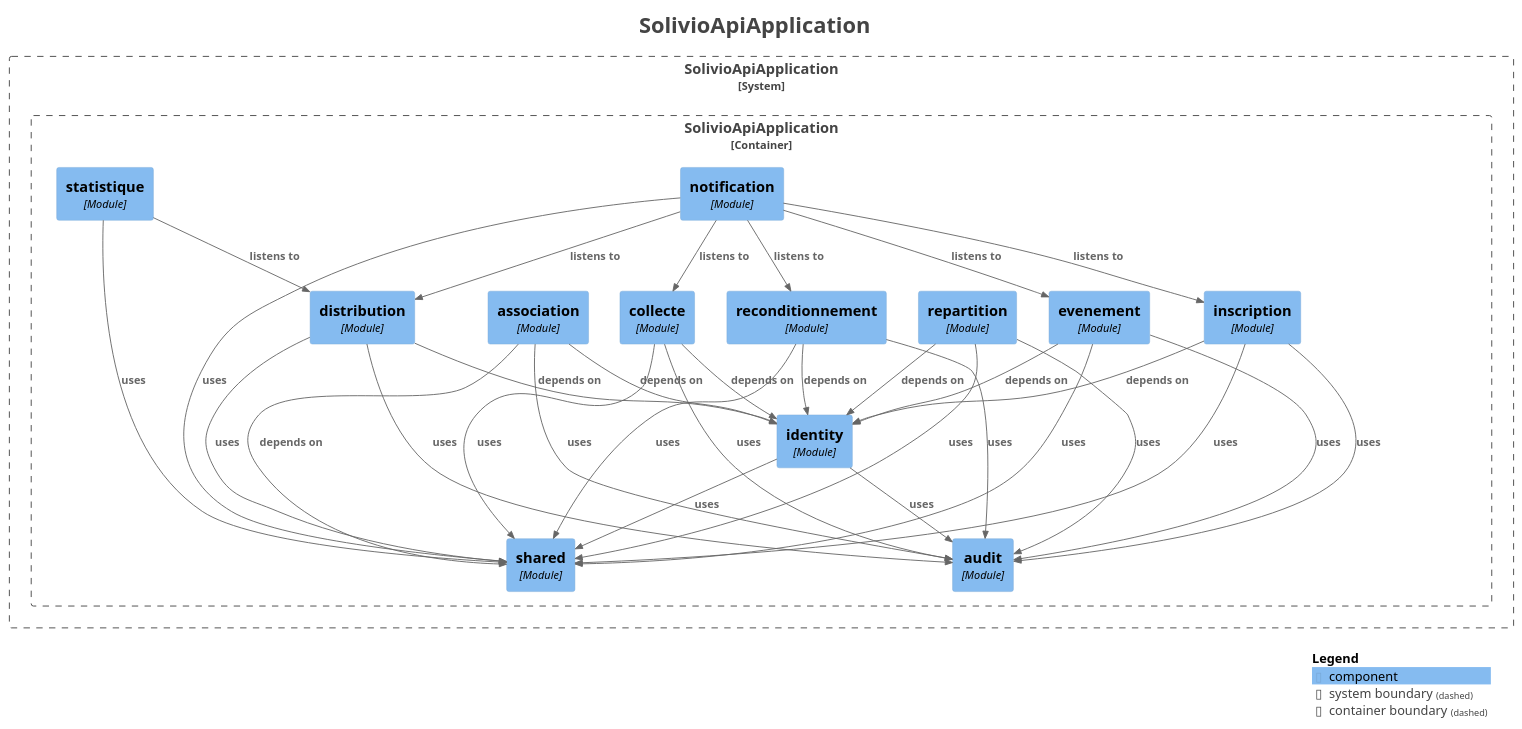
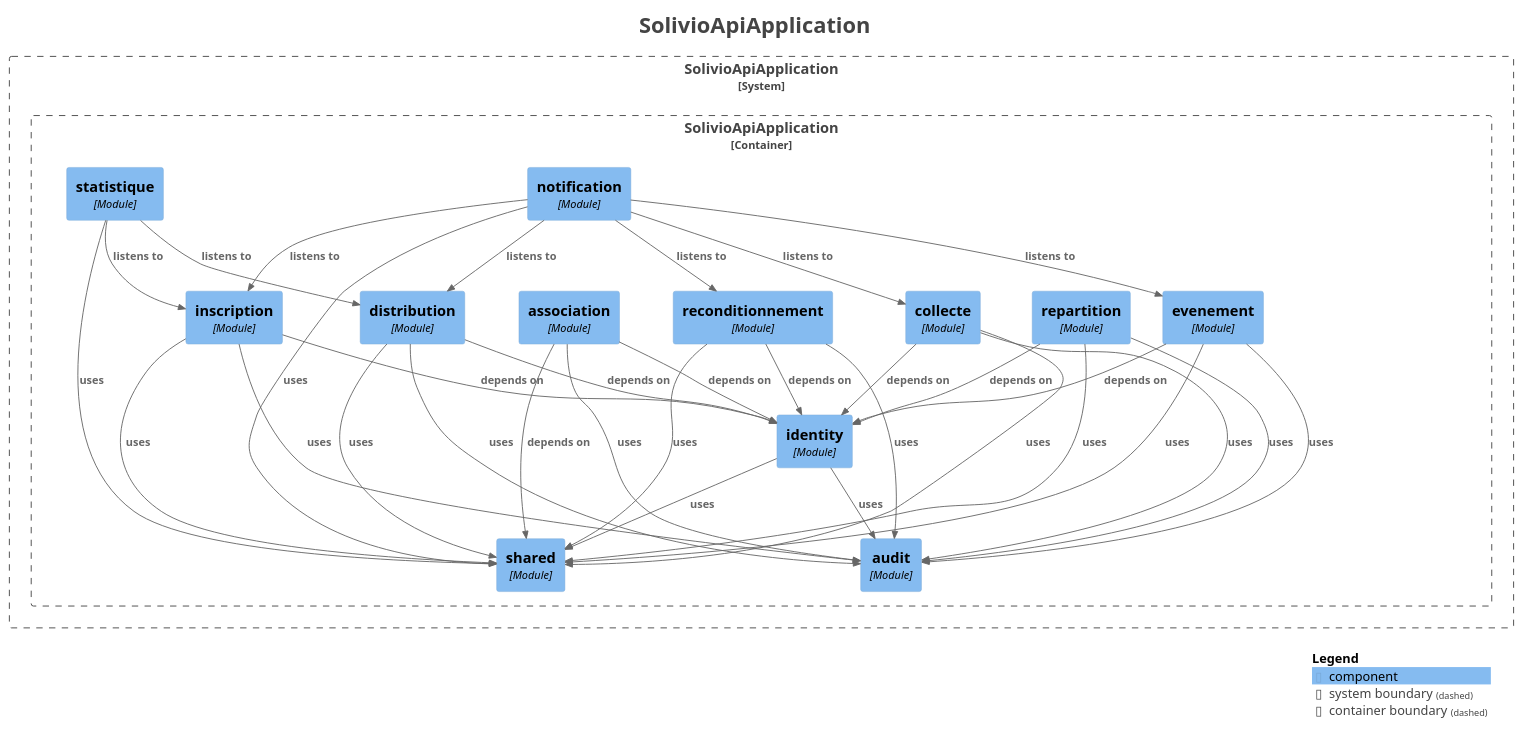
One commit to Joello61/solivio changed the diagram in docs/modules/components.puml. Above: the diagram before and after it, drawn with PlantUML. The commit also changed 11 other files, not shown here.

```diff
--- a/docs/modules/components.puml
+++ b/docs/modules/components.puml
@@ -1,70 +1,71 @@
 @startuml
 title <size:24>SolivioApiApplication</size>
 
 set separator none
 top to bottom direction
 
 <style>
   root {
     BackgroundColor: #ffffff
     FontColor: #444444
   }
 </style>
 
 !include <C4/C4>
 !include <C4/C4_Context>
 !include <C4/C4_Component>
 
 System_Boundary("SolivioApiApplication_boundary", "SolivioApiApplication", $tags="") {
   Container_Boundary("SolivioApiApplication.SolivioApiApplication_boundary", "SolivioApiApplication", $tags="") {
     Component(SolivioApiApplication.SolivioApiApplication.inscription, "inscription", $techn="Module", $descr="", $tags="", $link="")
     Component(SolivioApiApplication.SolivioApiApplication.reconditionnement, "reconditionnement", $techn="Module", $descr="", $tags="", $link="")
     Component(SolivioApiApplication.SolivioApiApplication.repartition, "repartition", $techn="Module", $descr="", $tags="", $link="")
     Component(SolivioApiApplication.SolivioApiApplication.notification, "notification", $techn="Module", $descr="", $tags="", $link="")
     Component(SolivioApiApplication.SolivioApiApplication.statistique, "statistique", $techn="Module", $descr="", $tags="", $link="")
     Component(SolivioApiApplication.SolivioApiApplication.audit, "audit", $techn="Module", $descr="", $tags="", $link="")
     Component(SolivioApiApplication.SolivioApiApplication.shared, "shared", $techn="Module", $descr="", $tags="", $link="")
     Component(SolivioApiApplication.SolivioApiApplication.identity, "identity", $techn="Module", $descr="", $tags="", $link="")
     Component(SolivioApiApplication.SolivioApiApplication.association, "association", $techn="Module", $descr="", $tags="", $link="")
     Component(SolivioApiApplication.SolivioApiApplication.collecte, "collecte", $techn="Module", $descr="", $tags="", $link="")
     Component(SolivioApiApplication.SolivioApiApplication.distribution, "distribution", $techn="Module", $descr="", $tags="", $link="")
     Component(SolivioApiApplication.SolivioApiApplication.evenement, "evenement", $techn="Module", $descr="", $tags="", $link="")
   }
 
 }
 
+Rel(SolivioApiApplication.SolivioApiApplication.evenement, SolivioApiApplication.SolivioApiApplication.identity, "depends on", $techn="", $tags="", $link="")
+Rel(SolivioApiApplication.SolivioApiApplication.evenement, SolivioApiApplication.SolivioApiApplication.shared, "uses", $techn="", $tags="", $link="")
+Rel(SolivioApiApplication.SolivioApiApplication.evenement, SolivioApiApplication.SolivioApiApplication.audit, "uses", $techn="", $tags="", $link="")
+Rel(SolivioApiApplication.SolivioApiApplication.identity, SolivioApiApplication.SolivioApiApplication.shared, "uses", $techn="", $tags="", $link="")
+Rel(SolivioApiApplication.SolivioApiApplication.identity, SolivioApiApplication.SolivioApiApplication.audit, "uses", $techn="", $tags="", $link="")
 Rel(SolivioApiApplication.SolivioApiApplication.association, SolivioApiApplication.SolivioApiApplication.shared, "depends on", $techn="", $tags="", $link="")
 Rel(SolivioApiApplication.SolivioApiApplication.association, SolivioApiApplication.SolivioApiApplication.identity, "depends on", $techn="", $tags="", $link="")
 Rel(SolivioApiApplication.SolivioApiApplication.association, SolivioApiApplication.SolivioApiApplication.audit, "uses", $techn="", $tags="", $link="")
-Rel(SolivioApiApplication.SolivioApiApplication.evenement, SolivioApiApplication.SolivioApiApplication.identity, "depends on", $techn="", $tags="", $link="")
-Rel(SolivioApiApplication.SolivioApiApplication.evenement, SolivioApiApplication.SolivioApiApplication.shared, "uses", $techn="", $tags="", $link="")
-Rel(SolivioApiApplication.SolivioApiApplication.evenement, SolivioApiApplication.SolivioApiApplication.audit, "uses", $techn="", $tags="", $link="")
-Rel(SolivioApiApplication.SolivioApiApplication.statistique, SolivioApiApplication.SolivioApiApplication.distribution, "listens to", $techn="", $tags="", $link="")
-Rel(SolivioApiApplication.SolivioApiApplication.statistique, SolivioApiApplication.SolivioApiApplication.shared, "uses", $techn="", $tags="", $link="")
+Rel(SolivioApiApplication.SolivioApiApplication.notification, SolivioApiApplication.SolivioApiApplication.reconditionnement, "listens to", $techn="", $tags="", $link="")
+Rel(SolivioApiApplication.SolivioApiApplication.notification, SolivioApiApplication.SolivioApiApplication.inscription, "listens to", $techn="", $tags="", $link="")
+Rel(SolivioApiApplication.SolivioApiApplication.notification, SolivioApiApplication.SolivioApiApplication.collecte, "listens to", $techn="", $tags="", $link="")
+Rel(SolivioApiApplication.SolivioApiApplication.notification, SolivioApiApplication.SolivioApiApplication.distribution, "listens to", $techn="", $tags="", $link="")
+Rel(SolivioApiApplication.SolivioApiApplication.notification, SolivioApiApplication.SolivioApiApplication.evenement, "listens to", $techn="", $tags="", $link="")
+Rel(SolivioApiApplication.SolivioApiApplication.notification, SolivioApiApplication.SolivioApiApplication.shared, "uses", $techn="", $tags="", $link="")
 Rel(SolivioApiApplication.SolivioApiApplication.reconditionnement, SolivioApiApplication.SolivioApiApplication.identity, "depends on", $techn="", $tags="", $link="")
 Rel(SolivioApiApplication.SolivioApiApplication.reconditionnement, SolivioApiApplication.SolivioApiApplication.shared, "uses", $techn="", $tags="", $link="")
 Rel(SolivioApiApplication.SolivioApiApplication.reconditionnement, SolivioApiApplication.SolivioApiApplication.audit, "uses", $techn="", $tags="", $link="")
+Rel(SolivioApiApplication.SolivioApiApplication.statistique, SolivioApiApplication.SolivioApiApplication.distribution, "listens to", $techn="", $tags="", $link="")
+Rel(SolivioApiApplication.SolivioApiApplication.statistique, SolivioApiApplication.SolivioApiApplication.inscription, "listens to", $techn="", $tags="", $link="")
+Rel(SolivioApiApplication.SolivioApiApplication.statistique, SolivioApiApplication.SolivioApiApplication.shared, "uses", $techn="", $tags="", $link="")
 Rel(SolivioApiApplication.SolivioApiApplication.inscription, SolivioApiApplication.SolivioApiApplication.identity, "depends on", $techn="", $tags="", $link="")
 Rel(SolivioApiApplication.SolivioApiApplication.inscription, SolivioApiApplication.SolivioApiApplication.shared, "uses", $techn="", $tags="", $link="")
 Rel(SolivioApiApplication.SolivioApiApplication.inscription, SolivioApiApplication.SolivioApiApplication.audit, "uses", $techn="", $tags="", $link="")
 Rel(SolivioApiApplication.SolivioApiApplication.collecte, SolivioApiApplication.SolivioApiApplication.identity, "depends on", $techn="", $tags="", $link="")
 Rel(SolivioApiApplication.SolivioApiApplication.collecte, SolivioApiApplication.SolivioApiApplication.shared, "uses", $techn="", $tags="", $link="")
 Rel(SolivioApiApplication.SolivioApiApplication.collecte, SolivioApiApplication.SolivioApiApplication.audit, "uses", $techn="", $tags="", $link="")
 Rel(SolivioApiApplication.SolivioApiApplication.distribution, SolivioApiApplication.SolivioApiApplication.identity, "depends on", $techn="", $tags="", $link="")
 Rel(SolivioApiApplication.SolivioApiApplication.distribution, SolivioApiApplication.SolivioApiApplication.shared, "uses", $techn="", $tags="", $link="")
 Rel(SolivioApiApplication.SolivioApiApplication.distribution, SolivioApiApplication.SolivioApiApplication.audit, "uses", $techn="", $tags="", $link="")
-Rel(SolivioApiApplication.SolivioApiApplication.notification, SolivioApiApplication.SolivioApiApplication.inscription, "listens to", $techn="", $tags="", $link="")
-Rel(SolivioApiApplication.SolivioApiApplication.notification, SolivioApiApplication.SolivioApiApplication.evenement, "listens to", $techn="", $tags="", $link="")
-Rel(SolivioApiApplication.SolivioApiApplication.notification, SolivioApiApplication.SolivioApiApplication.distribution, "listens to", $techn="", $tags="", $link="")
-Rel(SolivioApiApplication.SolivioApiApplication.notification, SolivioApiApplication.SolivioApiApplication.reconditionnement, "listens to", $techn="", $tags="", $link="")
-Rel(SolivioApiApplication.SolivioApiApplication.notification, SolivioApiApplication.SolivioApiApplication.collecte, "listens to", $techn="", $tags="", $link="")
-Rel(SolivioApiApplication.SolivioApiApplication.notification, SolivioApiApplication.SolivioApiApplication.shared, "uses", $techn="", $tags="", $link="")
-Rel(SolivioApiApplication.SolivioApiApplication.identity, SolivioApiApplication.SolivioApiApplication.shared, "uses", $techn="", $tags="", $link="")
-Rel(SolivioApiApplication.SolivioApiApplication.identity, SolivioApiApplication.SolivioApiApplication.audit, "uses", $techn="", $tags="", $link="")
 Rel(SolivioApiApplication.SolivioApiApplication.repartition, SolivioApiApplication.SolivioApiApplication.identity, "depends on", $techn="", $tags="", $link="")
 Rel(SolivioApiApplication.SolivioApiApplication.repartition, SolivioApiApplication.SolivioApiApplication.audit, "uses", $techn="", $tags="", $link="")
 Rel(SolivioApiApplication.SolivioApiApplication.repartition, SolivioApiApplication.SolivioApiApplication.shared, "uses", $techn="", $tags="", $link="")
 
 SHOW_LEGEND(true)
 hide stereotypes
 @enduml
```
